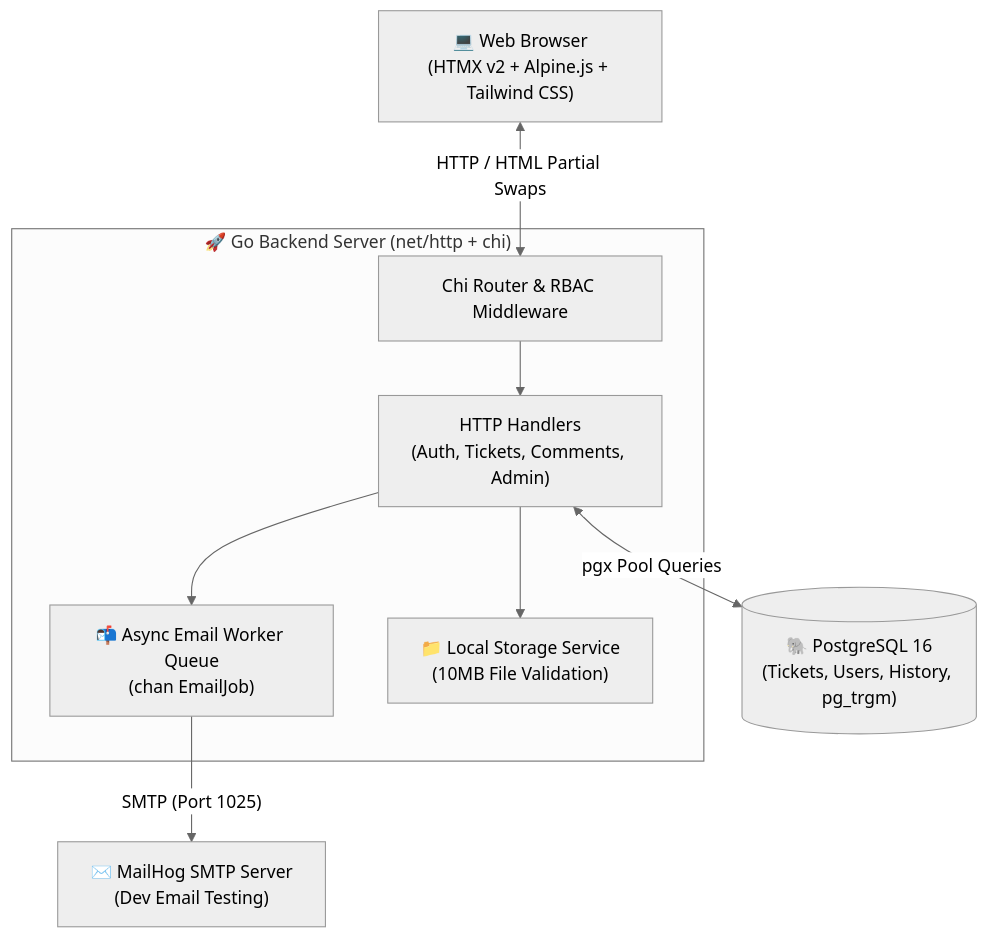
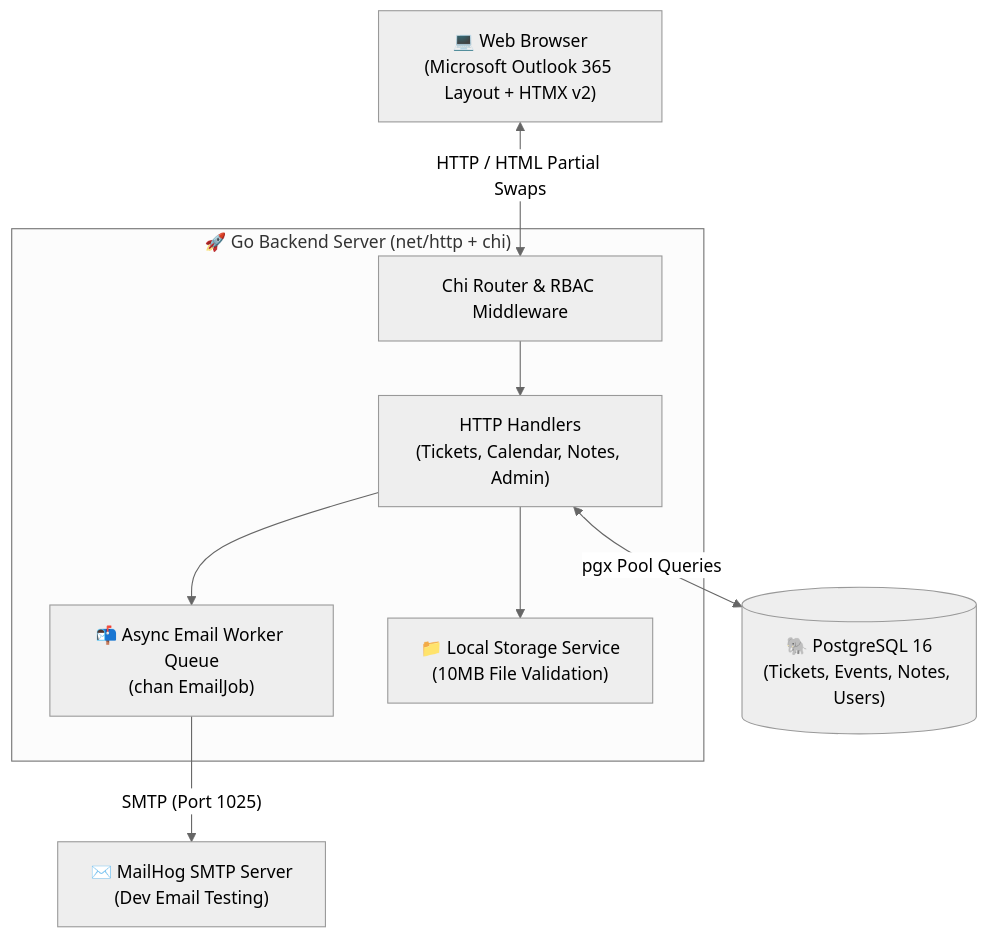
One commit to Suvesh108/ticdesk changed the diagram in README.md. Above: the diagram before and after it, drawn with Mermaid (neutral theme). The commit also changed other lines of this file and 14 other files, not shown here.

Commit message:
feat(outlook): complete from-scratch UI/UX redesign into Microsoft Outlook 365 Workstation with Calendar Schedule (/calendar) and Shift Notes Scratchpad (/notes)

````diff
--- a/README.md
+++ b/README.md
@@ -45,21 +43,21 @@
 ```mermaid
 graph TD
-    Client["💻 Web Browser<br/>(HTMX v2 + Alpine.js + Tailwind CSS)"]
+    Client["💻 Web Browser<br/>(Microsoft Outlook 365 Layout + HTMX v2)"]
     
     subgraph GoServer["🚀 Go Backend Server (net/http + chi)"]
         Router["Chi Router & RBAC Middleware"]
-        Handlers["HTTP Handlers<br/>(Auth, Tickets, Comments, Admin)"]
+        Handlers["HTTP Handlers<br/>(Tickets, Calendar, Notes, Admin)"]
         EmailWorker["📬 Async Email Worker Queue<br/>(chan EmailJob)"]
         StorageService["📁 Local Storage Service<br/>(10MB File Validation)"]
     end
     
-    Database[("🐘 PostgreSQL 16<br/>(Tickets, Users, History, pg_trgm)")]
+    Database[("🐘 PostgreSQL 16<br/>(Tickets, Events, Notes, Users)")]
     MailHog["✉️ MailHog SMTP Server<br/>(Dev Email Testing)"]
 
     Client <-->|"HTTP / HTML Partial Swaps"| Router
     Router --> Handlers
     Handlers <-->|"pgx Pool Queries"| Database
     Handlers --> StorageService
     Handlers --> EmailWorker
     EmailWorker -->|"SMTP (Port 1025)"| MailHog
 ```
````
